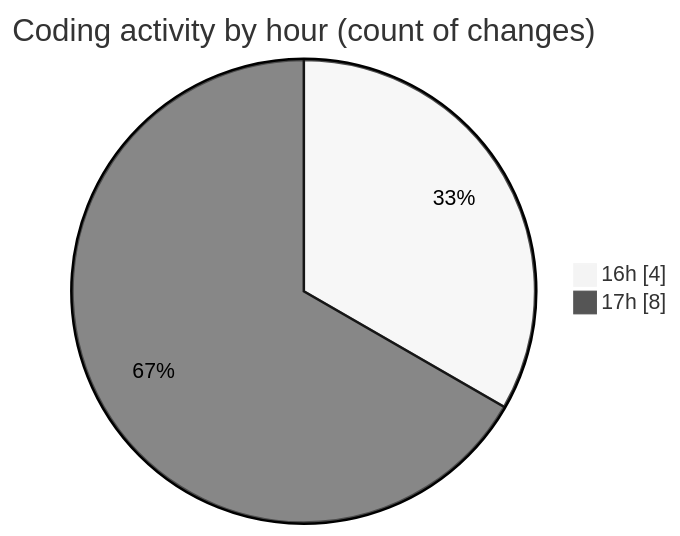
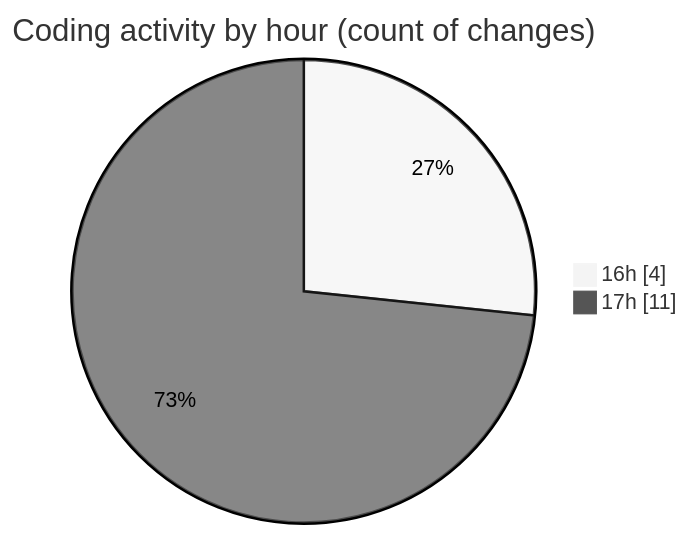
Before and after one commit to momahboobian/code-tracking: the second of 2 diagrams in 2026-04-13/cda/README.md, drawn with Mermaid (neutral theme). The commit also changed other lines of this file and 1 other file, not shown here.

````diff
--- a/2026-04-13/cda/README.md
+++ b/2026-04-13/cda/README.md
@@ -34,6 +34,6 @@
 ```mermaid
 pie showData
 title Coding activity by hour (count of changes)
 "16h" : 4
-"17h" : 8
+"17h" : 11
 ```
````
